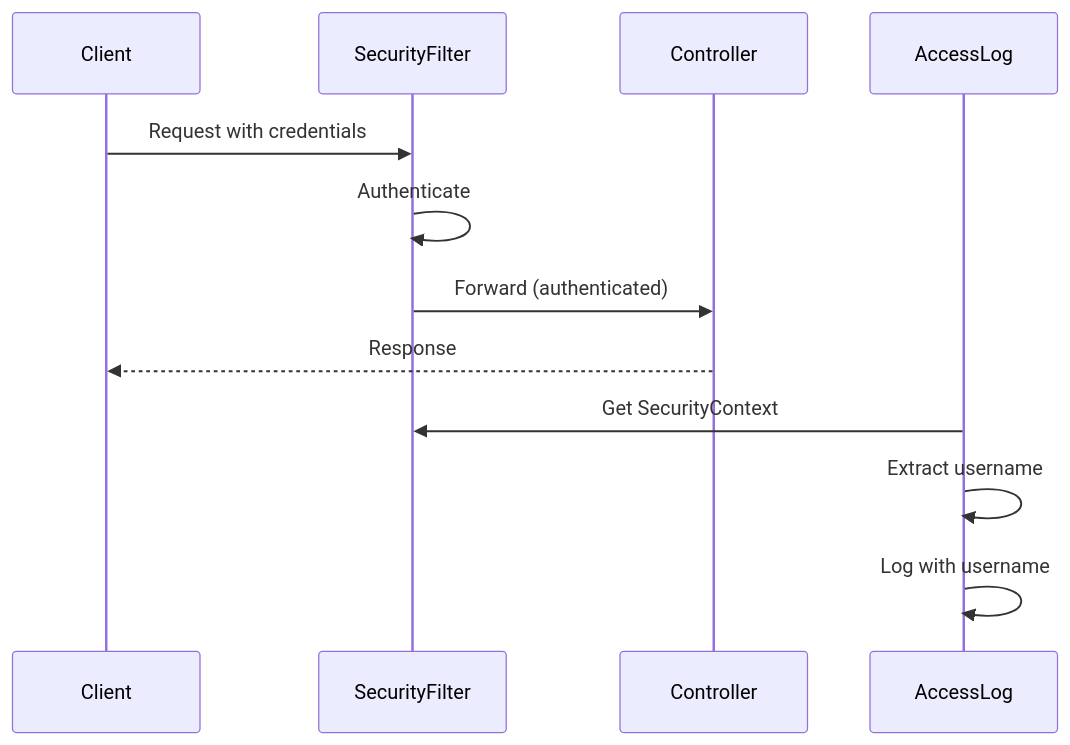
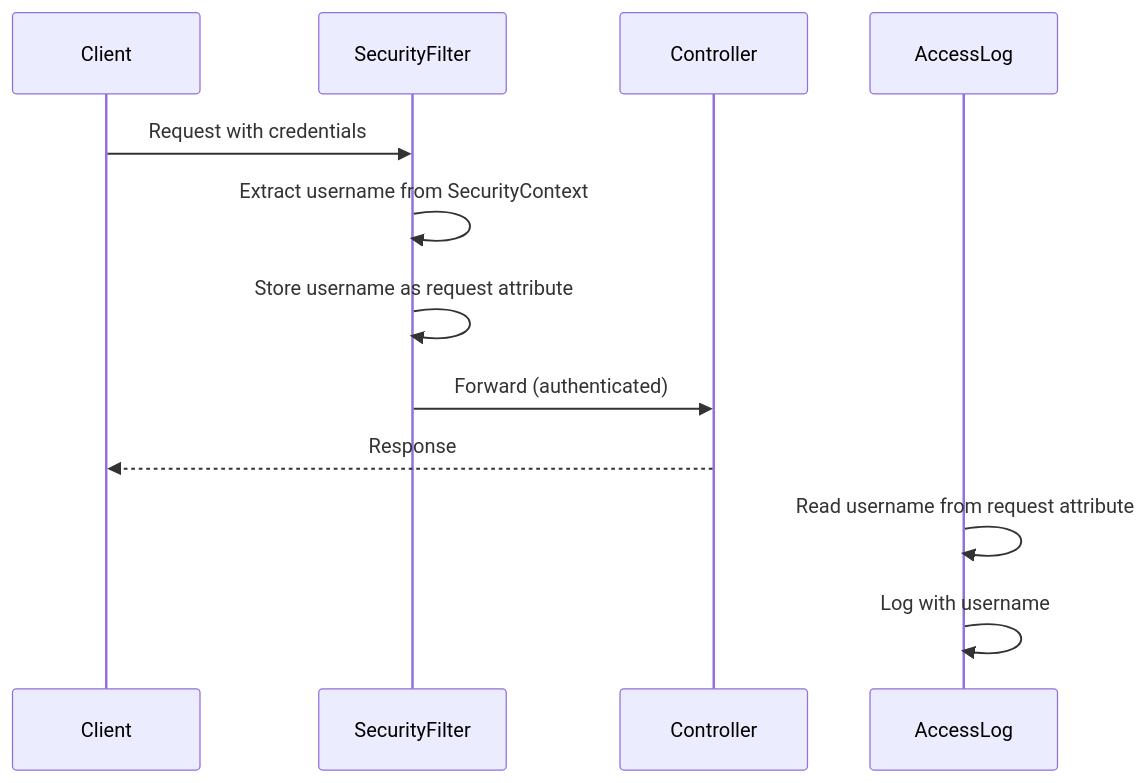
The third of 4 diagrams in README.md (seijikohara/logback-access-spring-boot-starter), drawn with Mermaid before and after one commit. The commit also changed other lines of this file and 45 other files, not shown here.

````diff
--- a/README.md
+++ b/README.md
@@ -183,15 +183,15 @@
 ```mermaid
 sequenceDiagram
     participant Client
     participant SecurityFilter
     participant Controller
     participant AccessLog
 
     Client->>SecurityFilter: Request with credentials
-    SecurityFilter->>SecurityFilter: Authenticate
+    SecurityFilter->>SecurityFilter: Extract username from SecurityContext
+    SecurityFilter->>SecurityFilter: Store username as request attribute
     SecurityFilter->>Controller: Forward (authenticated)
     Controller-->>Client: Response
-    AccessLog->>SecurityFilter: Get SecurityContext
-    AccessLog->>AccessLog: Extract username
+    AccessLog->>AccessLog: Read username from request attribute
     AccessLog->>AccessLog: Log with username
 ```
````
